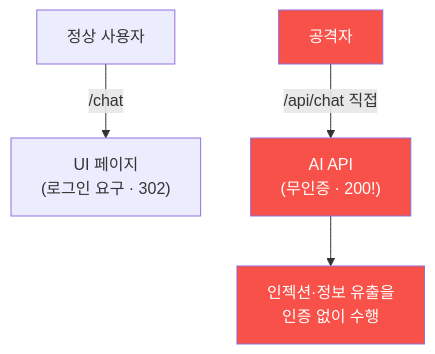
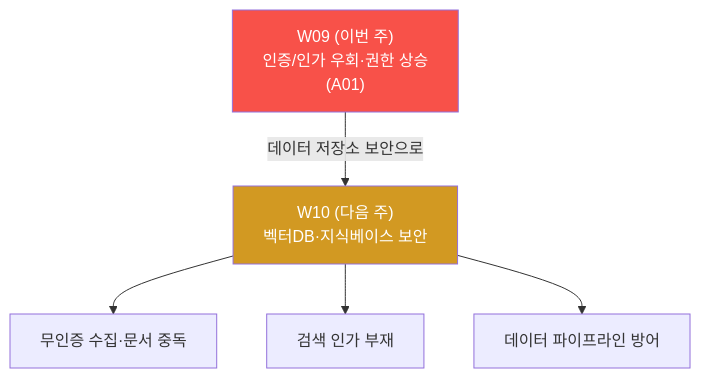
The fourth of 4 diagrams in contents/training/ai-service-pentest/lecture_week09.md (mrgrit/tw2), drawn with Mermaid before and after one commit. The commit also changed other lines of this file and 304 other files, not shown here.

````diff
--- a/contents/training/ai-service-pentest/lecture_week09.md
+++ b/contents/training/ai-service-pentest/lecture_week09.md
@@ -55,9 +271,9 @@
 ```mermaid
 graph TD
-    U["정상 사용자"] -->|"/chat"| UI["UI 페이지<br/>(로그인 요구 · 302)"]
-    ATK["공격자"] -->|"/api/chat 직접"| API["AI API<br/>(무인증 · 200!)"]
-    API --> X["인젝션·정보 유출을<br/>인증 없이 수행"]
-    style ATK fill:#f85149,color:#fff
-    style API fill:#f85149,color:#fff
-    style X fill:#f85149,color:#fff
+    W09["W09 (이번 주)<br/>인증/인가 우회·권한 상승<br/>(A01)"] -->|"데이터 저장소 보안으로"| W10["W10 (다음 주)<br/>벡터DB·지식베이스 보안"]
+    W10 --> N1["무인증 수집·문서 중독"]
+    W10 --> N2["검색 인가 부재"]
+    W10 --> N3["데이터 파이프라인 방어"]
+    style W09 fill:#f85149,color:#fff
+    style W10 fill:#d29922,color:#fff
 ```
````
